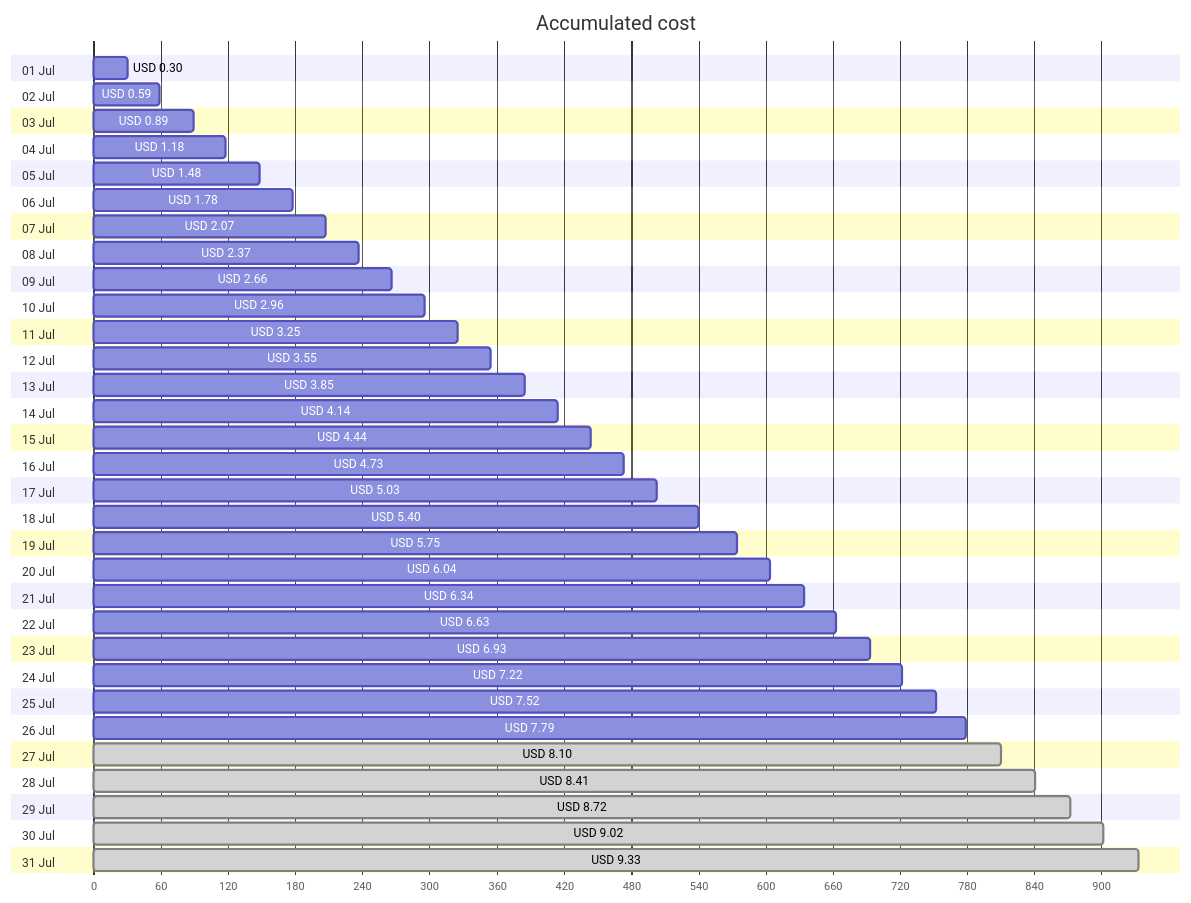
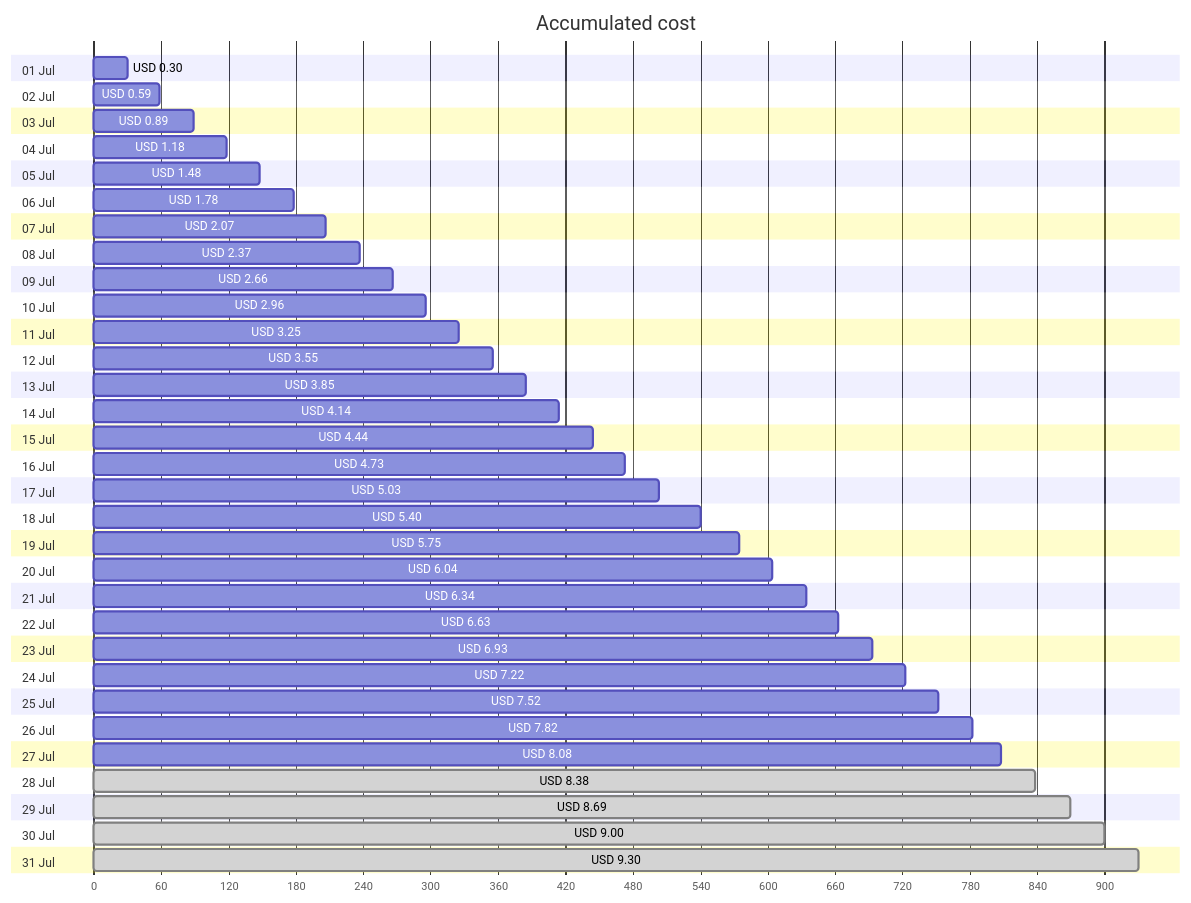
The first of 4 diagrams in cost-reports/personal-site/personal-site-preview.md (jpfulton/azure-personal-reports), drawn with Mermaid before and after one commit. The commit also changed other lines of this file and 6 other files, not shown here.

````diff
--- a/cost-reports/personal-site/personal-site-preview.md
+++ b/cost-reports/personal-site/personal-site-preview.md
@@ -20,68 +20,68 @@
 ```mermaid
 gantt
    title Accumulated cost
    dateFormat  X
    axisFormat %s
    section 01 Jul
    USD 0.30 :0, 30
    section 02 Jul
    USD 0.59 :0, 59
    section 03 Jul
    USD 0.89 :0, 89
    section 04 Jul
    USD 1.18 :0, 118
    section 05 Jul
    USD 1.48 :0, 148
    section 06 Jul
    USD 1.78 :0, 178
    section 07 Jul
    USD 2.07 :0, 207
    section 08 Jul
    USD 2.37 :0, 237
    section 09 Jul
    USD 2.66 :0, 266
    section 10 Jul
    USD 2.96 :0, 296
    section 11 Jul
    USD 3.25 :0, 325
    section 12 Jul
    USD 3.55 :0, 355
    section 13 Jul
    USD 3.85 :0, 385
    section 14 Jul
    USD 4.14 :0, 414
    section 15 Jul
    USD 4.44 :0, 444
    section 16 Jul
    USD 4.73 :0, 473
    section 17 Jul
    USD 5.03 :0, 503
    section 18 Jul
    USD 5.40 :0, 540
    section 19 Jul
    USD 5.75 :0, 575
    section 20 Jul
    USD 6.04 :0, 604
    section 21 Jul
    USD 6.34 :0, 634
    section 22 Jul
    USD 6.63 :0, 663
    section 23 Jul
    USD 6.93 :0, 693
    section 24 Jul
    USD 7.22 :0, 722
    section 25 Jul
    USD 7.52 :0, 752
    section 26 Jul
-   USD 7.79 :0, 779
+   USD 7.82 :0, 782
    section 27 Jul
-   USD 8.10 : done, 0, 810
+   USD 8.08 :0, 808
    section 28 Jul
-   USD 8.41 : done, 0, 841
+   USD 8.38 : done, 0, 838
    section 29 Jul
-   USD 8.72 : done, 0, 872
+   USD 8.69 : done, 0, 869
    section 30 Jul
-   USD 9.02 : done, 0, 902
+   USD 9.00 : done, 0, 900
    section 31 Jul
-   USD 9.33 : done, 0, 933
+   USD 9.30 : done, 0, 930
 ```
````
